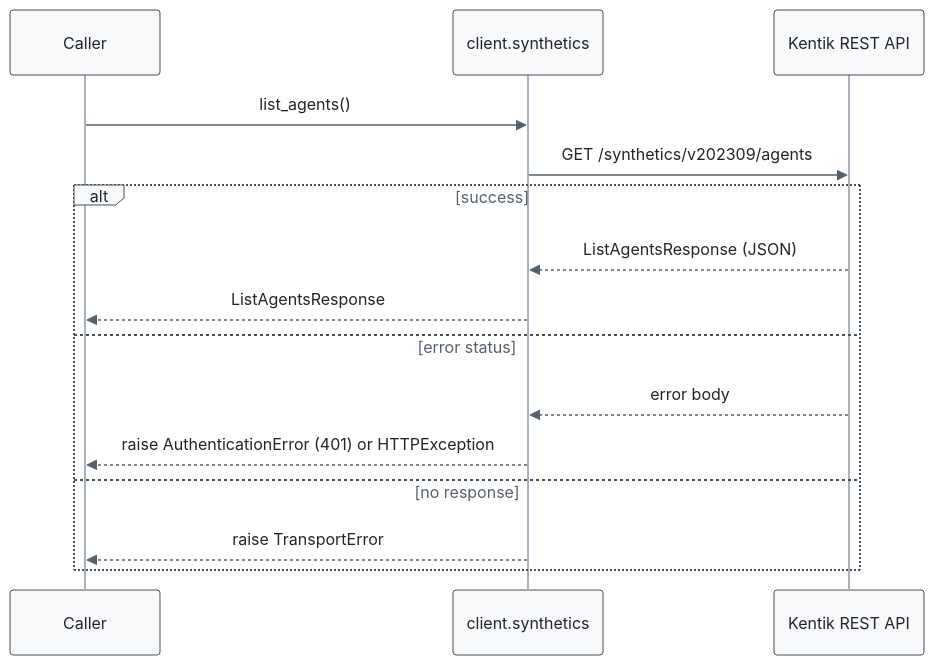
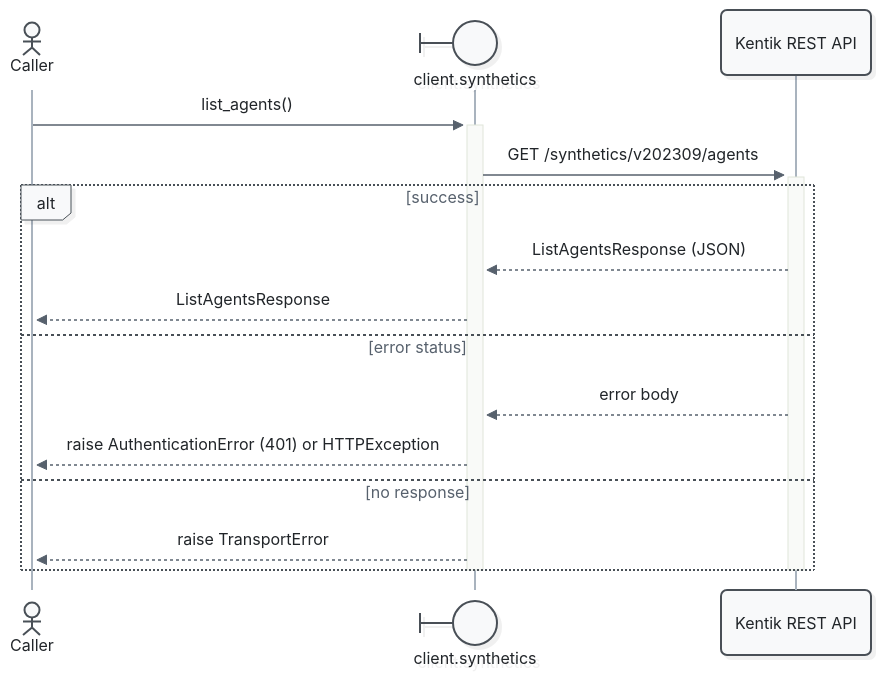
Diagram 11 of 37 in docs/sphinx/services/synthetics.md (alexdearaujo/community_sdk_python), drawn with Mermaid before and after one commit. The commit also changed other lines of this file and 52 other files, not shown here.

First line of the commit message:
docs: Mermaid 12 sequence diagrams with participant types and path colors

````diff
--- a/docs/sphinx/services/synthetics.md
+++ b/docs/sphinx/services/synthetics.md
@@ -427,19 +452,21 @@
 ```mermaid
-%%{init: {"theme": "base", "fontFamily": "ui-monospace, SFMono-Regular, Menlo, monospace", "themeVariables": {"fontFamily": "ui-monospace, SFMono-Regular, Menlo, monospace", "primaryColor": "#f8f9fa", "primaryBorderColor": "#495057", "primaryTextColor": "#212529", "textColor": "#212529", "lineColor": "#77818c", "edgeLabelBackground": "#ffffff", "actorBkg": "#f8f9fa", "actorBorder": "#495057", "actorTextColor": "#212529", "actorLineColor": "#a9b3be", "signalColor": "#57616d", "signalTextColor": "#212529", "labelBoxBkgColor": "#f8f9fa", "labelBoxBorderColor": "#495057", "labelTextColor": "#212529", "loopTextColor": "#57616d", "noteBkgColor": "#fff9db", "noteBorderColor": "#f08c00", "noteTextColor": "#a35a00"}, "flowchart": {"curve": "step", "nodeSpacing": 30, "rankSpacing": 70, "wrappingWidth": 400}}}%%
+%%{init: {"theme": "redux", "look": "neo", "layout": "dagre", "fontFamily": "ui-monospace, SFMono-Regular, Menlo, monospace", "themeVariables": {"fontFamily": "ui-monospace, SFMono-Regular, Menlo, monospace", "primaryColor": "#f8f9fa", "primaryBorderColor": "#495057", "primaryTextColor": "#212529", "textColor": "#212529", "lineColor": "#77818c", "edgeLabelBackground": "#ffffff", "actorBkg": "#f8f9fa", "actorBorder": "#495057", "actorTextColor": "#212529", "actorLineColor": "#a9b3be", "signalColor": "#57616d", "signalTextColor": "#212529", "labelBoxBkgColor": "#f8f9fa", "labelBoxBorderColor": "#495057", "labelTextColor": "#212529", "loopTextColor": "#57616d", "noteBkgColor": "#fff9db", "noteBorderColor": "#f08c00", "noteTextColor": "#a35a00"}, "sequence": {"activationWidth": 16}, "flowchart": {"curve": "step", "nodeSpacing": 30, "rankSpacing": 70, "wrappingWidth": 400}}}%%
 sequenceDiagram
-    participant C as Caller
-    participant W as client.synthetics
+    actor C as Caller
+    participant W@{ "type": "boundary" } as client.synthetics
     participant API as Kentik REST API
 
-    C->>W: list_agents()
-    W->>API: GET /synthetics/v202309/agents
+    C->>+W: list_agents()
+    W->>+API: GET /synthetics/v202309/agents
     alt success
         API-->>W: ListAgentsResponse (JSON)
         W-->>C: ListAgentsResponse
     else error status
         API-->>W: error body
         W-->>C: raise AuthenticationError (401) or HTTPException
     else no response
         W-->>C: raise TransportError
     end
+    deactivate API
+    deactivate W
 ```
````
